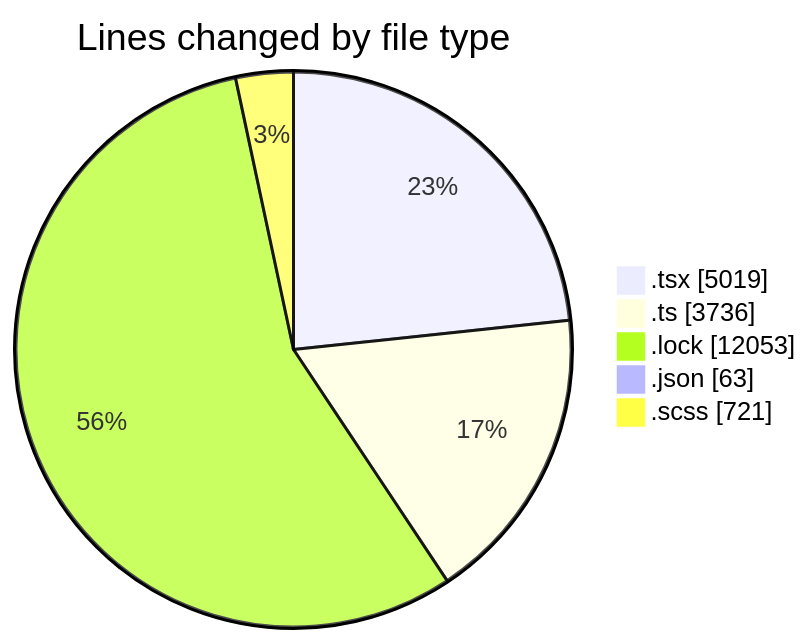
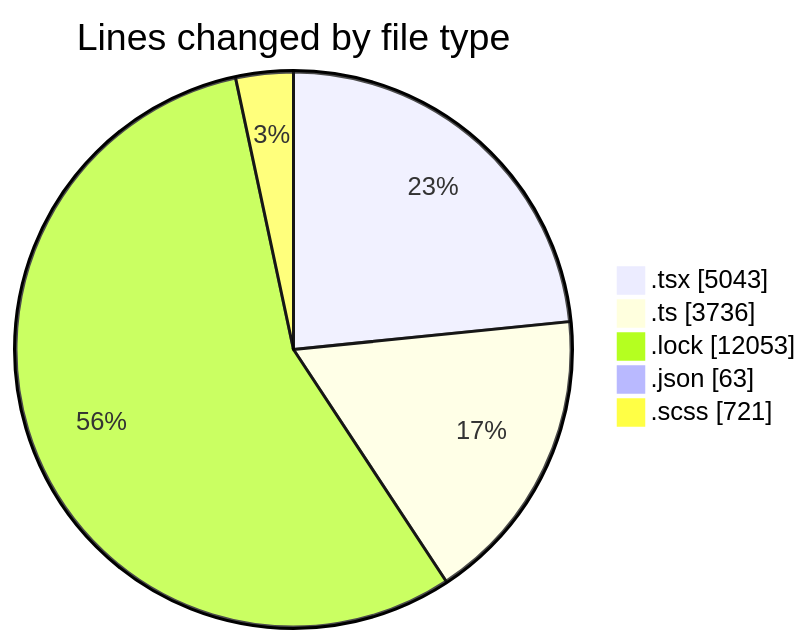
The first of 2 diagrams in 2025-12-03/cda/README.md (momahboobian/code-tracking), drawn with Mermaid before and after one commit. The commit also changed other lines of this file and 1 other file, not shown here.

````diff
--- a/2025-12-03/cda/README.md
+++ b/2025-12-03/cda/README.md
@@ -32,9 +32,9 @@
 ```mermaid
 pie showData
 title Lines changed by file type
-".tsx" : 5019
+".tsx" : 5043
 ".ts" : 3736
 ".lock" : 12053
 ".json" : 63
 ".scss" : 721
 ```
````
